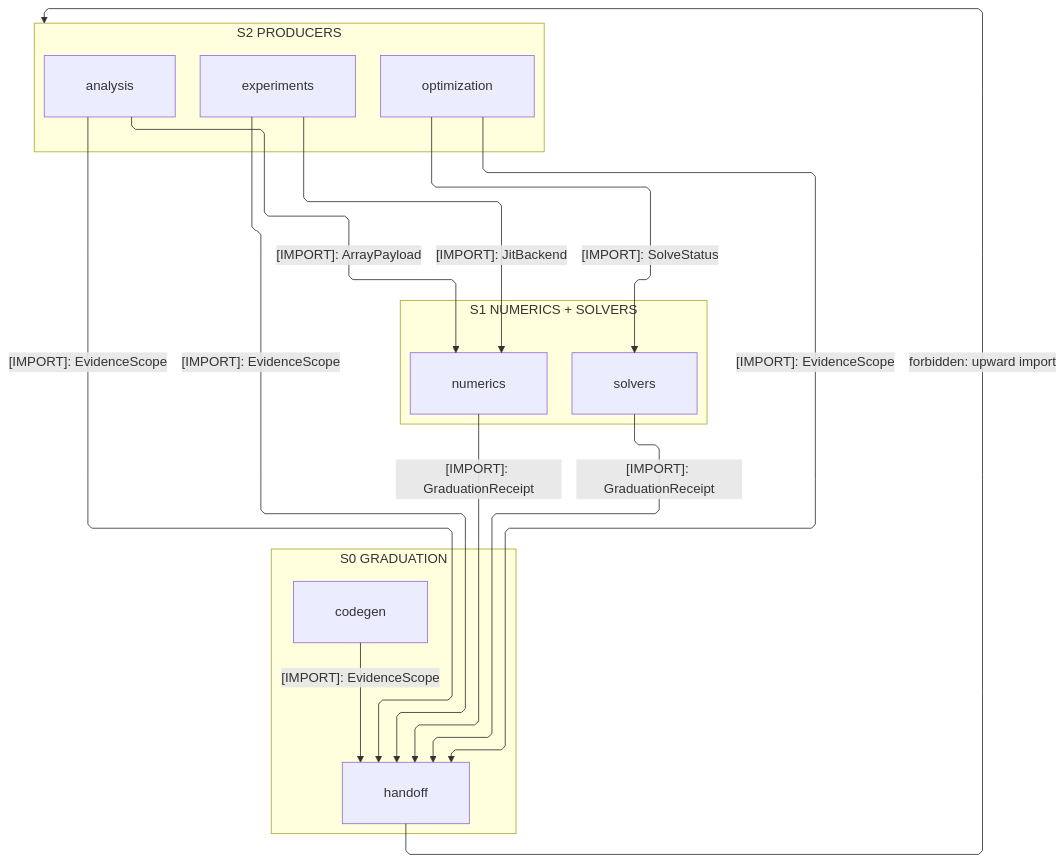
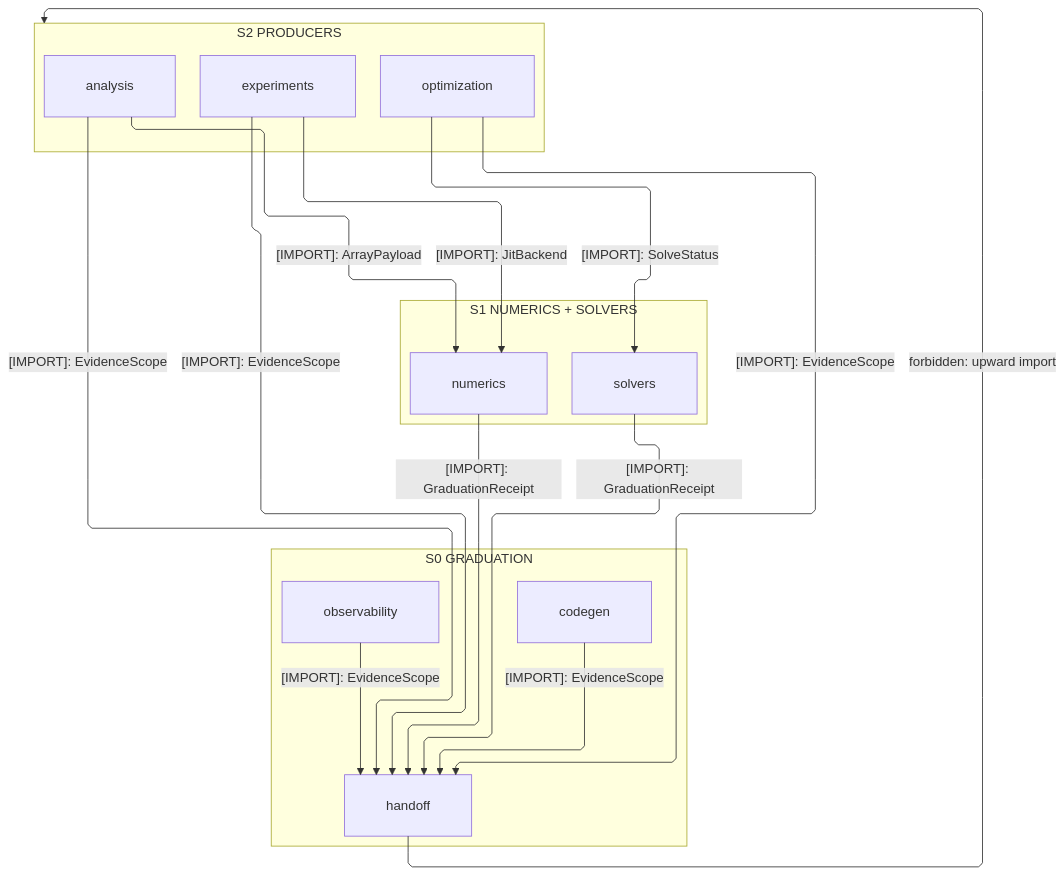
One commit to bsamiee/Rasm changed the first of 3 diagrams in libs/python/compute/ARCHITECTURE.md. Above: the diagram before and after it, drawn with Mermaid. The commit also changed other lines of this file and 115 other files, not shown here.

````diff
--- a/libs/python/compute/ARCHITECTURE.md
+++ b/libs/python/compute/ARCHITECTURE.md
@@ -48,35 +48,37 @@
 ```mermaid
 ---
 config:
   layout: elk
   flowchart:
     curve: linear
     padding: 25
 ---
 flowchart TB
     accTitle: Compute interior import strata
-    accDescr: Three import strata from the producers down to the graduation foundation; each labeled edge names one sourced type.
-    subgraph C2["S2 PRODUCERS"]
+    accDescr: Import strata from the producers down to the graduation foundation, each labeled edge naming one sourced type.
+    subgraph S2["S2 PRODUCERS"]
         Analysis[analysis]
         Experiments[experiments]
         Optimization[optimization]
     end
-    subgraph C1["S1 NUMERICS + SOLVERS"]
+    subgraph S1["S1 NUMERICS + SOLVERS"]
         Numerics[numerics]
         Solvers[solvers]
     end
-    subgraph C0["S0 GRADUATION"]
+    subgraph S0["S0 GRADUATION"]
         Codegen[codegen]
         Handoff[handoff]
+        Observability[observability]
     end
-    Analysis s1@-->|"[IMPORT]: ArrayPayload"| Numerics
-    Analysis s2@-->|"[IMPORT]: EvidenceScope"| Handoff
-    Experiments s3@-->|"[IMPORT]: JitBackend"| Numerics
-    Experiments s4@-->|"[IMPORT]: EvidenceScope"| Handoff
-    Optimization s5@-->|"[IMPORT]: SolveStatus"| Solvers
-    Optimization s6@-->|"[IMPORT]: EvidenceScope"| Handoff
-    Numerics s7@-->|"[IMPORT]: GraduationReceipt"| Handoff
-    Solvers s8@-->|"[IMPORT]: GraduationReceipt"| Handoff
-    Codegen s9@-->|"[IMPORT]: EvidenceScope"| Handoff
-    Handoff f1@-->|"forbidden: upward import"| C2
+    Analysis e1@-->|"[IMPORT]: ArrayPayload"| Numerics
+    Analysis e2@-->|"[IMPORT]: EvidenceScope"| Handoff
+    Experiments e3@-->|"[IMPORT]: JitBackend"| Numerics
+    Experiments e4@-->|"[IMPORT]: EvidenceScope"| Handoff
+    Optimization e5@-->|"[IMPORT]: SolveStatus"| Solvers
+    Optimization e6@-->|"[IMPORT]: EvidenceScope"| Handoff
+    Numerics e7@-->|"[IMPORT]: GraduationReceipt"| Handoff
+    Solvers e8@-->|"[IMPORT]: GraduationReceipt"| Handoff
+    Codegen e9@-->|"[IMPORT]: EvidenceScope"| Handoff
+    Observability e10@-->|"[IMPORT]: EvidenceScope"| Handoff
+    Handoff f1@-->|"forbidden: upward import"| S2
 ```
````
